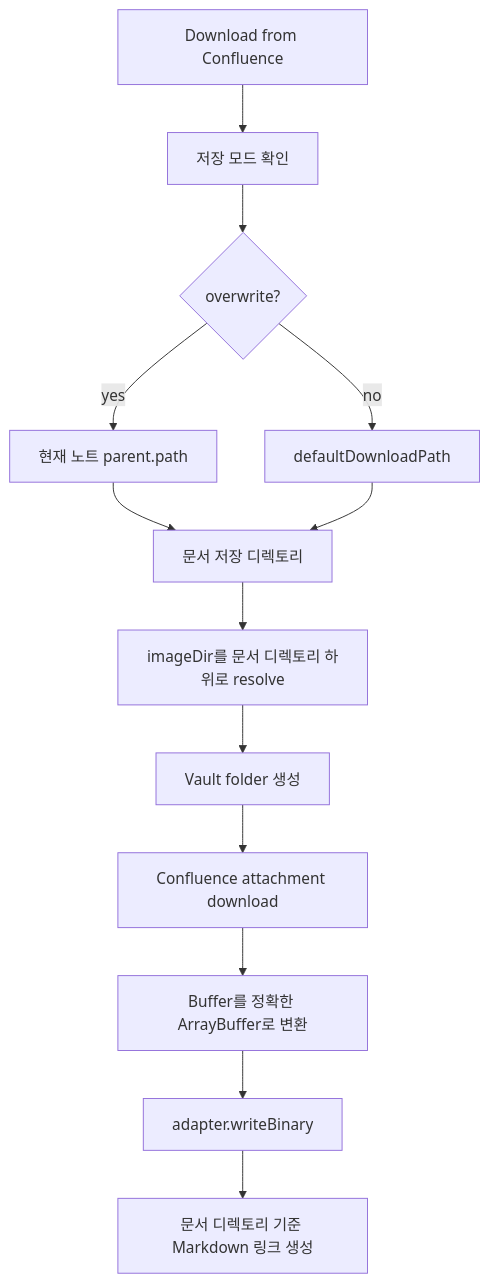
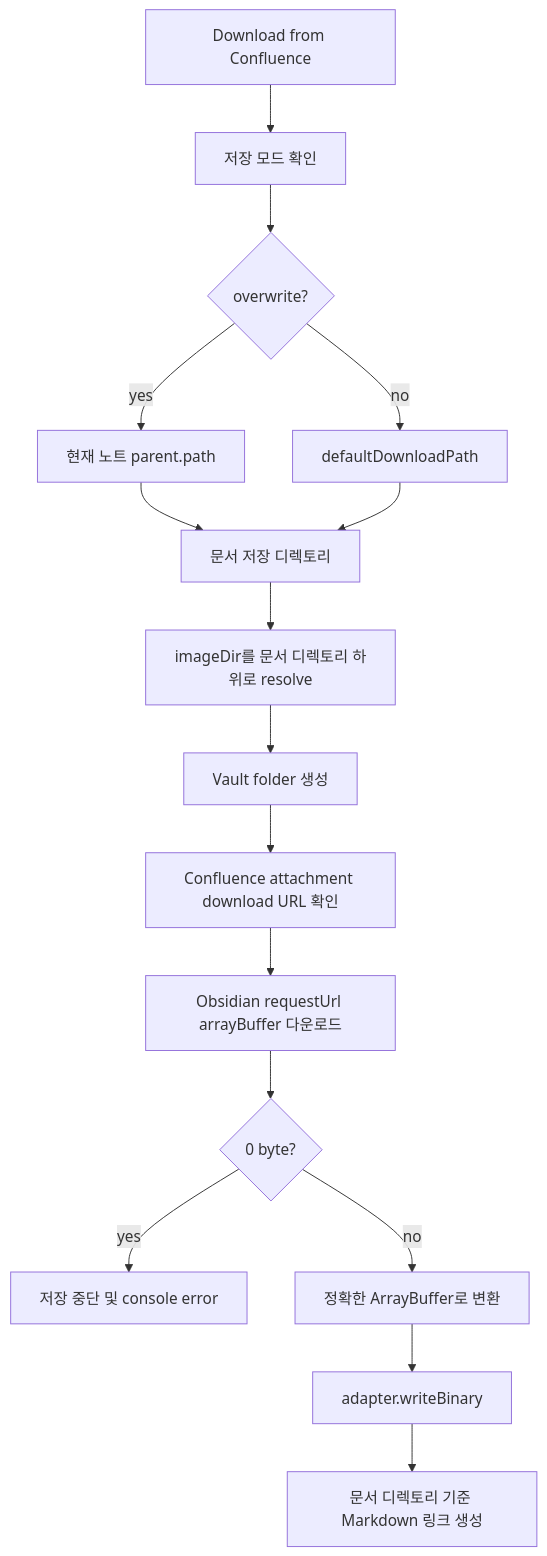
Before and after one commit to goodjoon/tdecollab_public: the diagram in tdecollab-docs/plans/2026-05-03-obsidian-image-download-fix.md, drawn with Mermaid. The commit also changed other lines of this file and 4 other files, not shown here.

Commit message:
Release obsidian-1.0.14: 첨부 이미지 다운로드 URL 정규화

````diff
--- a/tdecollab-docs/plans/2026-05-03-obsidian-image-download-fix.md
+++ b/tdecollab-docs/plans/2026-05-03-obsidian-image-download-fix.md
@@ -17,15 +17,18 @@
 ```mermaid
 flowchart TD
   A[Download from Confluence] --> B[저장 모드 확인]
   B --> C{overwrite?}
   C -->|yes| D[현재 노트 parent.path]
   C -->|no| E[defaultDownloadPath]
   D --> F[문서 저장 디렉토리]
   E --> F
   F --> G[imageDir를 문서 디렉토리 하위로 resolve]
   G --> H[Vault folder 생성]
-  H --> I[Confluence attachment download]
-  I --> J[Buffer를 정확한 ArrayBuffer로 변환]
-  J --> K[adapter.writeBinary]
-  K --> L[문서 디렉토리 기준 Markdown 링크 생성]
+  H --> I[Confluence attachment download URL 확인]
+  I --> J[Obsidian requestUrl arrayBuffer 다운로드]
+  J --> K{0 byte?}
+  K -->|yes| M[저장 중단 및 console error]
+  K -->|no| N[정확한 ArrayBuffer로 변환]
+  N --> O[adapter.writeBinary]
+  O --> L[문서 디렉토리 기준 Markdown 링크 생성]
 ```
````
